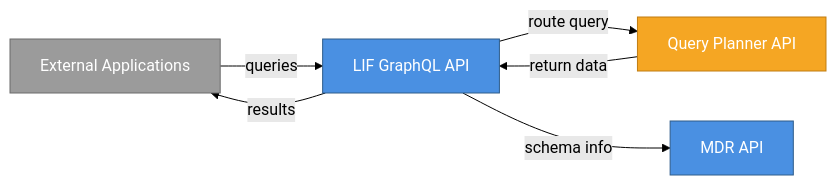
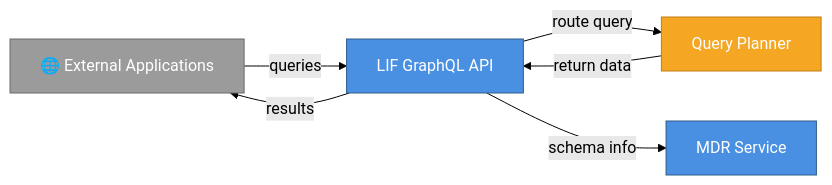
Before and after one commit to LIF-Initiative/lif-core: the second of 16 diagrams in docs/lif_services_overview.md, drawn with Mermaid (forest theme). The commit also changed other lines of this file, not shown here.

Commit message:
docs: diagram cleanup

````diff
--- a/docs/lif_services_overview.md
+++ b/docs/lif_services_overview.md
@@ -86,21 +89,21 @@
 ```mermaid
 graph LR
-    Users[External Applications]
+    Users[🌐 External Applications]
     GQL[LIF GraphQL API]
-    QP[Query Planner API]
-    MDR[MDR API]
+    QP[Query Planner]
+    MDR[MDR Service]
     
     Users -->|queries| GQL
     GQL -->|route query| QP
     GQL -->|schema info| MDR
     QP -->|return data| GQL
     GQL -->|results| Users
     
     classDef coreStyle fill:#4A90E2,stroke:#2E5C8A,color:#fff
     classDef infraStyle fill:#F5A623,stroke:#C17D11,color:#fff
     classDef extStyle fill:#9B9B9B,stroke:#6B6B6B,color:#fff
     
     class GQL,MDR coreStyle
     class QP infraStyle
     class Users extStyle
 ```
````
